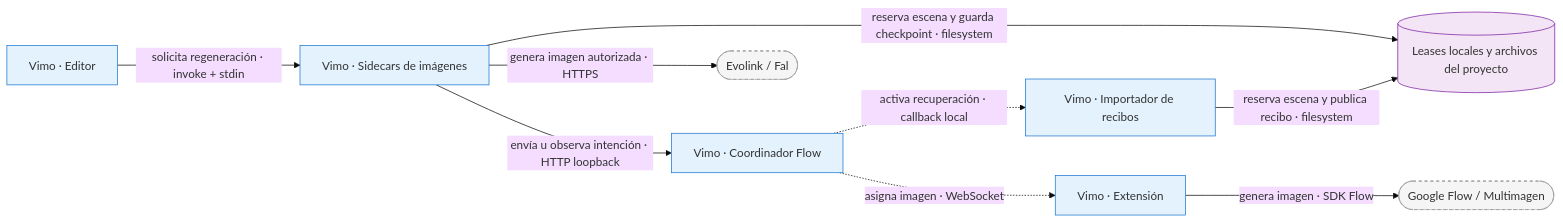
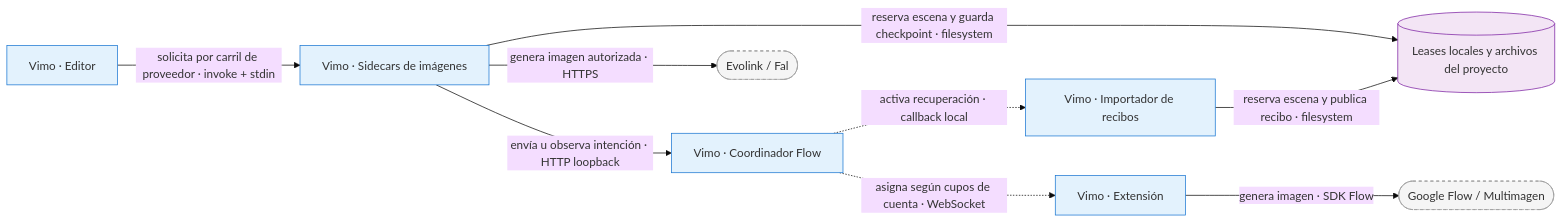
The diagram in docs/adr/ADR-0055-regeneracion-concurrente-por-escena.md (SCRIPZY-DEV/vimo), drawn with Mermaid (base theme) before and after one commit. The commit also changed other lines of this file and 24 other files, not shown here.

First line of the commit message:
fix(flow): allow concurrent regeneration through healthy account capacity

````diff
--- a/docs/adr/ADR-0055-regeneracion-concurrente-por-escena.md
+++ b/docs/adr/ADR-0055-regeneracion-concurrente-por-escena.md
@@ -16,22 +18,22 @@
 ```mermaid
 flowchart LR
     editor["Vimo · Editor"]:::propio
     sidecar["Vimo · Sidecars de imágenes"]:::propio
     leases[("Leases locales y archivos del proyecto")]:::datos
     coordinator["Vimo · Coordinador Flow"]:::propio
     extension["Vimo · Extensión"]:::propio
     google(["Google Flow / Multimagen"]):::externo
     paid(["Evolink / Fal"]):::externo
     importer["Vimo · Importador de recibos"]:::propio
-    editor -->|"solicita regeneración · invoke + stdin"| sidecar
+    editor -->|"solicita por carril de proveedor · invoke + stdin"| sidecar
     sidecar -->|"reserva escena y guarda checkpoint · filesystem"| leases
     sidecar -->|"envía u observa intención · HTTP loopback"| coordinator
-    coordinator -.->|"asigna imagen · WebSocket"| extension
+    coordinator -.->|"asigna según cupos de cuenta · WebSocket"| extension
     extension -->|"genera imagen · SDK Flow"| google
     sidecar -->|"genera imagen autorizada · HTTPS"| paid
     coordinator -.->|"activa recuperación · callback local"| importer
     importer -->|"reserva escena y publica recibo · filesystem"| leases
     classDef externo fill:#f5f5f5,stroke:#9e9e9e,stroke-dasharray:4
     classDef propio fill:#e3f2fd,stroke:#1976d2
     classDef datos fill:#f3e5f5,stroke:#7b1fa2
 ```
````
